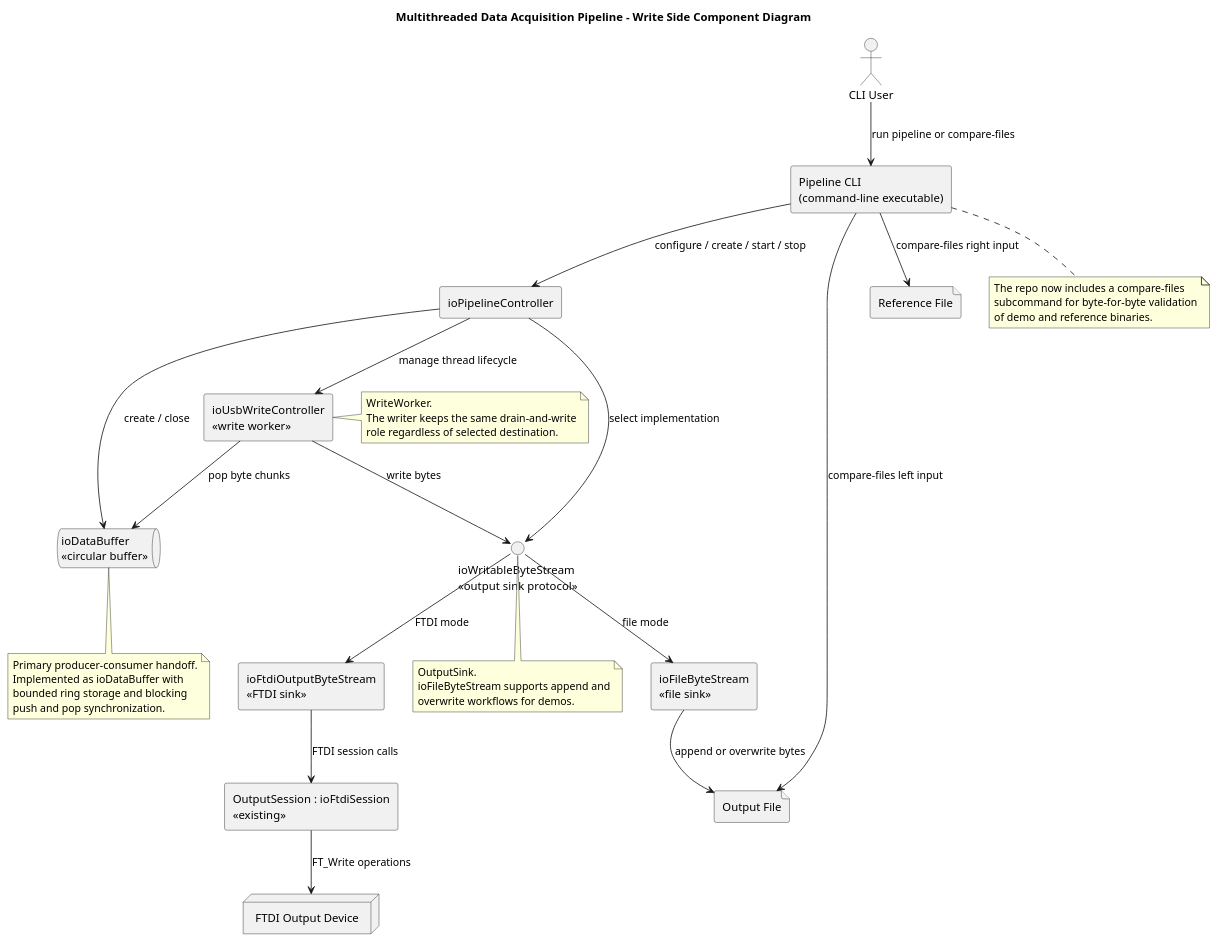
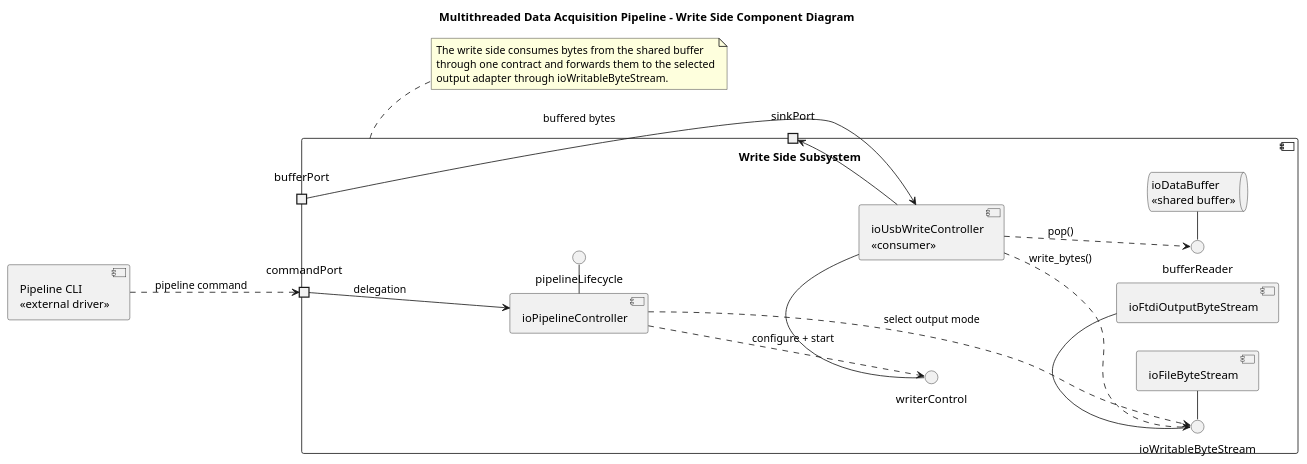
One commit to jcwilson11/FTDI-Oscilloscope changed the diagram in docs/plantuml/multithreaded_pipeline_write_component.puml. Above: the diagram before and after it, drawn with PlantUML. The commit also changed 5 other files, not shown here.

Commit message:
updated component diagram

```diff
--- a/docs/plantuml/multithreaded_pipeline_write_component.puml
+++ b/docs/plantuml/multithreaded_pipeline_write_component.puml
@@ -1,64 +1,48 @@
 @startuml
 title Multithreaded Data Acquisition Pipeline - Write Side Component Diagram
 
-skinparam componentStyle rectangle
+left to right direction
 skinparam shadowing false
+skinparam componentStyle uml2
 
-actor "CLI User" as User
-component "Pipeline CLI\n(command-line executable)" as CLI
-component "ioPipelineController" as Controller
-component "ioUsbWriteController\n<<write worker>>" as WriteWorker
-queue "ioDataBuffer\n<<circular buffer>>" as CircularBuffer
+component "Pipeline CLI\n<<external driver>>" as CLI
 
-interface "ioWritableByteStream\n<<output sink protocol>>" as OutputSink
-component "ioFileByteStream\n<<file sink>>" as FileSink
-component "ioFtdiOutputByteStream\n<<FTDI sink>>" as FtdiSink
+component "Write Side Subsystem" as WriteSide {
+  portin commandPort
+  portin bufferPort
+  portout sinkPort
 
-component "OutputSession : ioFtdiSession\n<<existing>>" as OutputSession
-node "FTDI Output Device" as OutputDevice
-file "Output File" as OutputFile
-file "Reference File" as ReferenceFile
+  component "ioPipelineController" as Controller
+  component "ioUsbWriteController\n<<consumer>>" as WriteWorker
+  queue "ioDataBuffer\n<<shared buffer>>" as Buffer
+  component "ioFileByteStream" as FileSink
+  component "ioFtdiOutputByteStream" as FtdiSink
 
-User --> CLI : run pipeline or compare-files
-CLI --> Controller : configure / create / start / stop
-CLI --> OutputFile : compare-files left input
-CLI --> ReferenceFile : compare-files right input
+  () "pipelineLifecycle" as PipelineLifecycle
+  () "writerControl" as WriterControl
+  () "bufferReader" as BufferReader
+  () "ioWritableByteStream" as WritableContract
+}
 
-Controller --> WriteWorker : manage thread lifecycle
-Controller --> CircularBuffer : create / close
-Controller --> OutputSink : select implementation
+PipelineLifecycle - Controller
+WriterControl - WriteWorker
+BufferReader - Buffer
+WritableContract - FileSink
+WritableContract - FtdiSink
 
-WriteWorker --> CircularBuffer : pop byte chunks
-WriteWorker --> OutputSink : write bytes
+CLI ..> commandPort : pipeline command
+commandPort --> Controller : delegation
+bufferPort --> WriteWorker : buffered bytes
+WriteWorker --> sinkPort : delegated output
 
-OutputSink --> FileSink : file mode
-OutputSink --> FtdiSink : FTDI mode
-FileSink --> OutputFile : append or overwrite bytes
-FtdiSink --> OutputSession : FTDI session calls
-OutputSession --> OutputDevice : FT_Write operations
+Controller ..> WriterControl : configure + start
+Controller ..> WritableContract : select output mode
+WriteWorker ..> BufferReader : pop()
+WriteWorker ..> WritableContract : write_bytes()
 
-note bottom of CircularBuffer
-Primary producer-consumer handoff.
-Implemented as ioDataBuffer with
-bounded ring storage and blocking
-push and pop synchronization.
-end note
-
-note right of WriteWorker
-WriteWorker.
-The writer keeps the same drain-and-write
-role regardless of selected destination.
-end note
-
-note bottom of CLI
-The repo now includes a compare-files
-subcommand for byte-for-byte validation
-of demo and reference binaries.
-end note
-
-note bottom of OutputSink
-OutputSink.
-ioFileByteStream supports append and
-overwrite workflows for demos.
+note bottom of WriteSide
+The write side consumes bytes from the shared buffer
+through one contract and forwards them to the selected
+output adapter through ioWritableByteStream.
 end note
 @enduml
```
